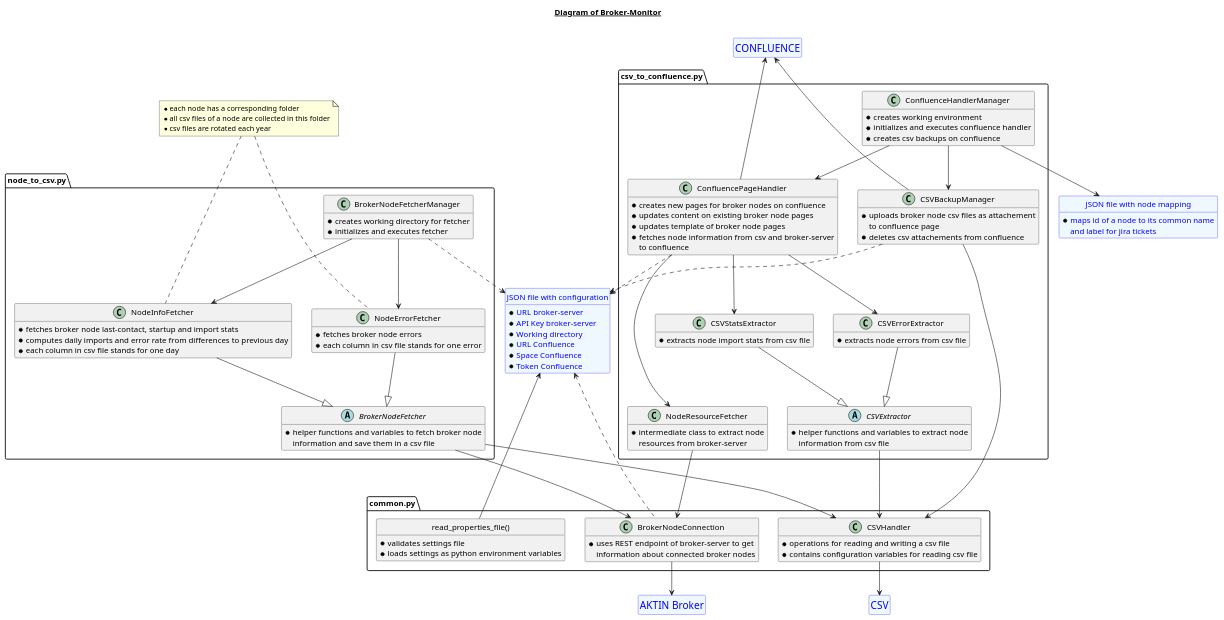
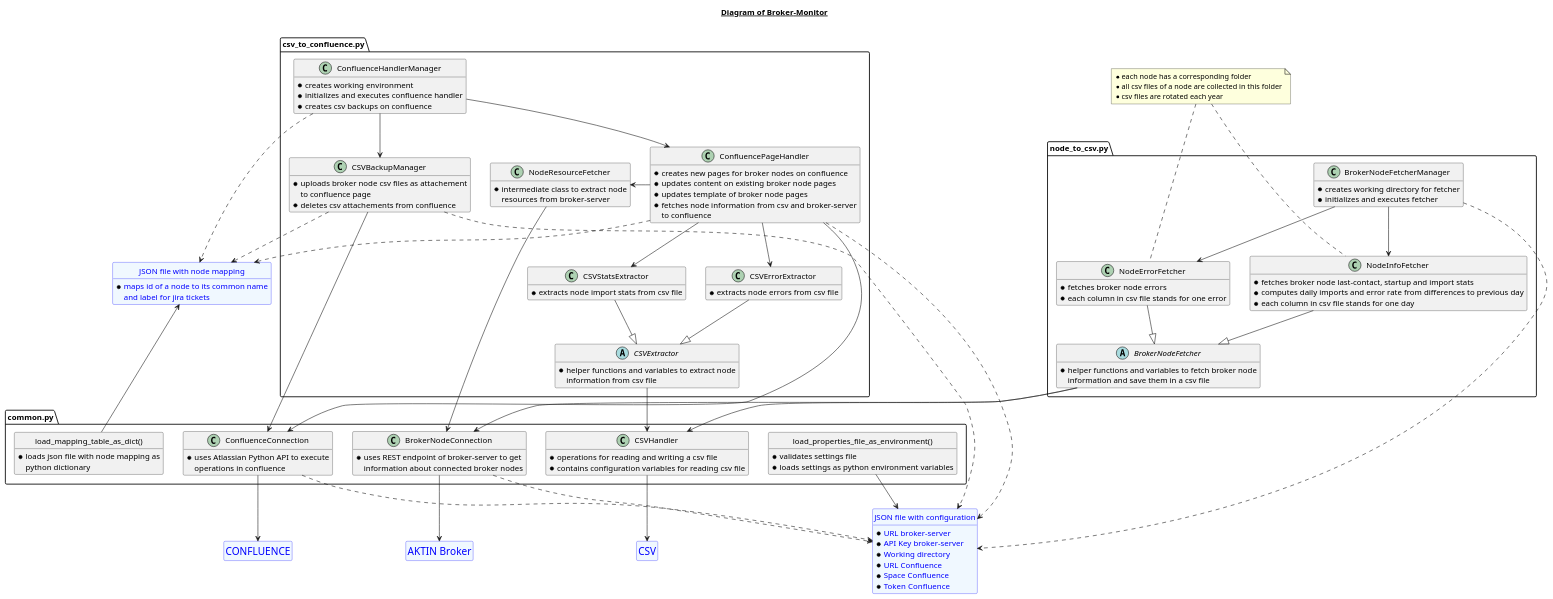
Before and after one commit to alexkombie/AKTIN_broker_monitor: the diagram in docs/architecture/broker-monitor.puml, drawn with PlantUML. The commit also changed 2 other files, not shown here.

Commit message:
updated architecture moved ConfluenceConnection and load_mapping_table_as_dict() into common.py

```diff
--- a/docs/architecture/broker-monitor.puml
+++ b/docs/architecture/broker-monitor.puml
@@ -1,153 +1,168 @@
 @startuml
 hide methods
 
 title __Diagram of Broker-Monitor__\n
 
 entity "<size:18>AKTIN Broker</size>" as broker
 entity broker #aliceblue;line:blue;text:blue
 hide broker members
 hide broker circle
 
 entity "<size:18>CSV</size>" as csv
 entity csv #aliceblue;line:blue;text:blue
 hide csv members
 hide csv circle
 
 entity "<size:18>CONFLUENCE</size>" as confluence
 entity confluence #aliceblue;line:blue;text:blue
 hide confluence members
 hide confluence circle
 
 entity "JSON file with configuration" as settings {
 * URL broker-server
 * API Key broker-server
 * Working directory
 * URL Confluence
 * Space Confluence
 * Token Confluence
 }
 entity settings #aliceblue;line:blue;text:blue
 hide settings circle
 
 entity "JSON file with node mapping" as mapping {
 * maps id of a node to its common name
 and label for jira tickets
 }
 entity mapping #aliceblue;line:blue;text:blue
 hide mapping circle
 
 package "node_to_csv.py" as node_to_csv <<Package>> {
 class BrokerNodeFetcherManager {
 * creates working directory for fetcher
 * initializes and executes fetcher
 }
 
 abstract class BrokerNodeFetcher {
 * helper functions and variables to fetch broker node
 information and save them in a csv file
 }
 
 class NodeErrorFetcher {
 * fetches broker node errors
 * each column in csv file stands for one error
 }
 
 class NodeInfoFetcher {
 * fetches broker node last-contact, startup and import stats
 * computes daily imports and error rate from differences to previous day
 * each column in csv file stands for one day
 }
 }
 
 package "common.py" as common <<Package>> {
-class "read_properties_file()" as read_properties {
+class "load_properties_file_as_environment()" as read_properties {
 * validates settings file
 * loads settings as python environment variables
 }
 hide read_properties circle
 
+class "load_mapping_table_as_dict()" as load_mapping {
+* loads json file with node mapping as
+python dictionary
+}
+hide load_mapping circle
+
 class BrokerNodeConnection {
 * uses REST endpoint of broker-server to get
 information about connected broker nodes
+}
+
+class ConfluenceConnection {
+* uses Atlassian Python API to execute
+operations in confluence
 }
 
 class CSVHandler {
 * operations for reading and writing a csv file
 * contains configuration variables for reading csv file
 }
 }
 
 package "csv_to_confluence.py" as csv_to_confluence {
 abstract class CSVExtractor {
 * helper functions and variables to extract node
 information from csv file
 }
 
 class CSVStatsExtractor {
 * extracts node import stats from csv file
 }
 
 class CSVErrorExtractor {
 * extracts node errors from csv file
 }
 
 class CSVBackupManager {
 * uploads broker node csv files as attachement
 to confluence page
 * deletes csv attachements from confluence
 }
 
 class NodeResourceFetcher {
 * intermediate class to extract node
 resources from broker-server
 }
 
 class ConfluencePageHandler {
 * creates new pages for broker nodes on confluence
 * updates content on existing broker node pages
 * updates template of broker node pages
 * fetches node information from csv and broker-server
 to confluence
 }
 
 class ConfluenceHandlerManager {
 * creates working environment
 * initializes and executes confluence handler
 * creates csv backups on confluence
 }
 }
 
 note "* each node has a corresponding folder\n* all csv files of a node are collected in this folder\n* csv files are rotated each year" as N1
 NodeErrorFetcher .u.. N1
 NodeInfoFetcher .u.. N1
 
 BrokerNodeFetcherManager ..> settings
 BrokerNodeFetcherManager --> NodeInfoFetcher
 BrokerNodeFetcherManager --> NodeErrorFetcher
 NodeInfoFetcher --|> BrokerNodeFetcher
 NodeErrorFetcher --|> BrokerNodeFetcher
-BrokerNodeFetcher ---> CSVHandler
-BrokerNodeFetcher ---> BrokerNodeConnection
+BrokerNodeFetcher --> CSVHandler
+BrokerNodeFetcher --> BrokerNodeConnection
 
+load_mapping -u-> mapping
 ConfluenceHandlerManager --> CSVBackupManager
 ConfluenceHandlerManager --> ConfluencePageHandler
-ConfluenceHandlerManager --> mapping
-CSVBackupManager --> CSVHandler
-CSVBackupManager -u--> confluence
+ConfluenceHandlerManager ..> mapping
+CSVBackupManager ..> mapping
+CSVBackupManager --> ConfluenceConnection
 CSVBackupManager ..> settings
-ConfluencePageHandler -u--> confluence
+ConfluencePageHandler ..> mapping
+ConfluencePageHandler ---> ConfluenceConnection
 ConfluencePageHandler ..> settings
-ConfluencePageHandler ---> NodeResourceFetcher
-NodeResourceFetcher ---> BrokerNodeConnection
+ConfluencePageHandler -> NodeResourceFetcher
+NodeResourceFetcher --> BrokerNodeConnection
 ConfluencePageHandler --> CSVErrorExtractor
 ConfluencePageHandler --> CSVStatsExtractor
 CSVStatsExtractor --|> CSVExtractor
 CSVErrorExtractor --|> CSVExtractor
 CSVExtractor --> CSVHandler
 
-read_properties -u-> settings
+read_properties --> settings
 CSVHandler --> csv
 BrokerNodeConnection --> broker
-BrokerNodeConnection .u.> settings
+BrokerNodeConnection ..> settings
+ConfluenceConnection --> confluence
+ConfluenceConnection ..> settings
 
 @enduml
```
